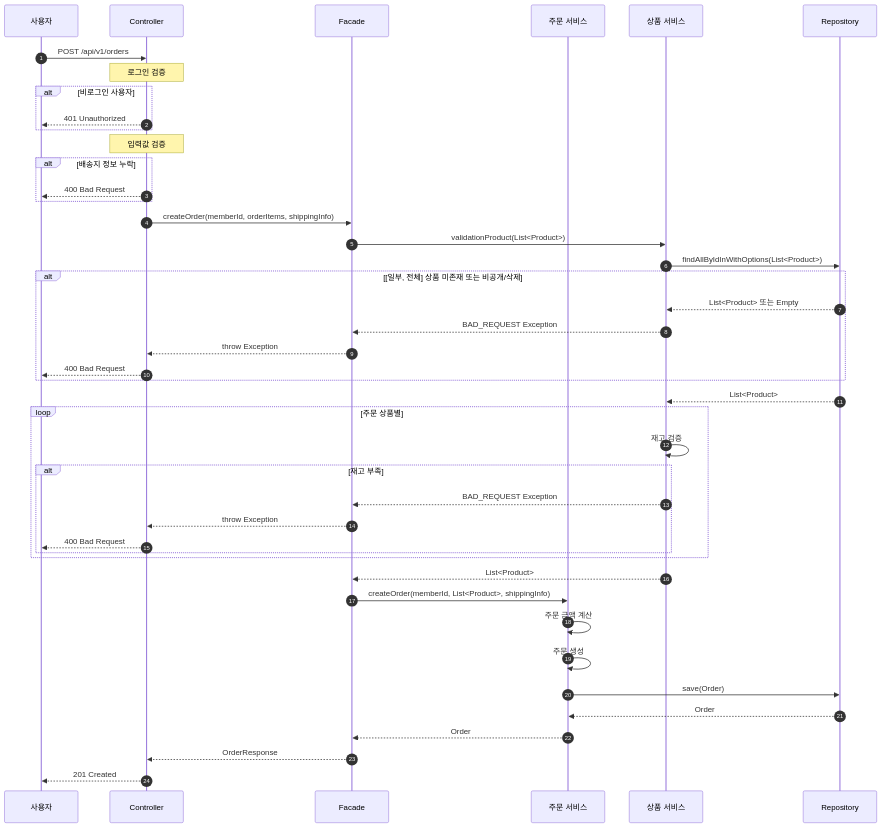
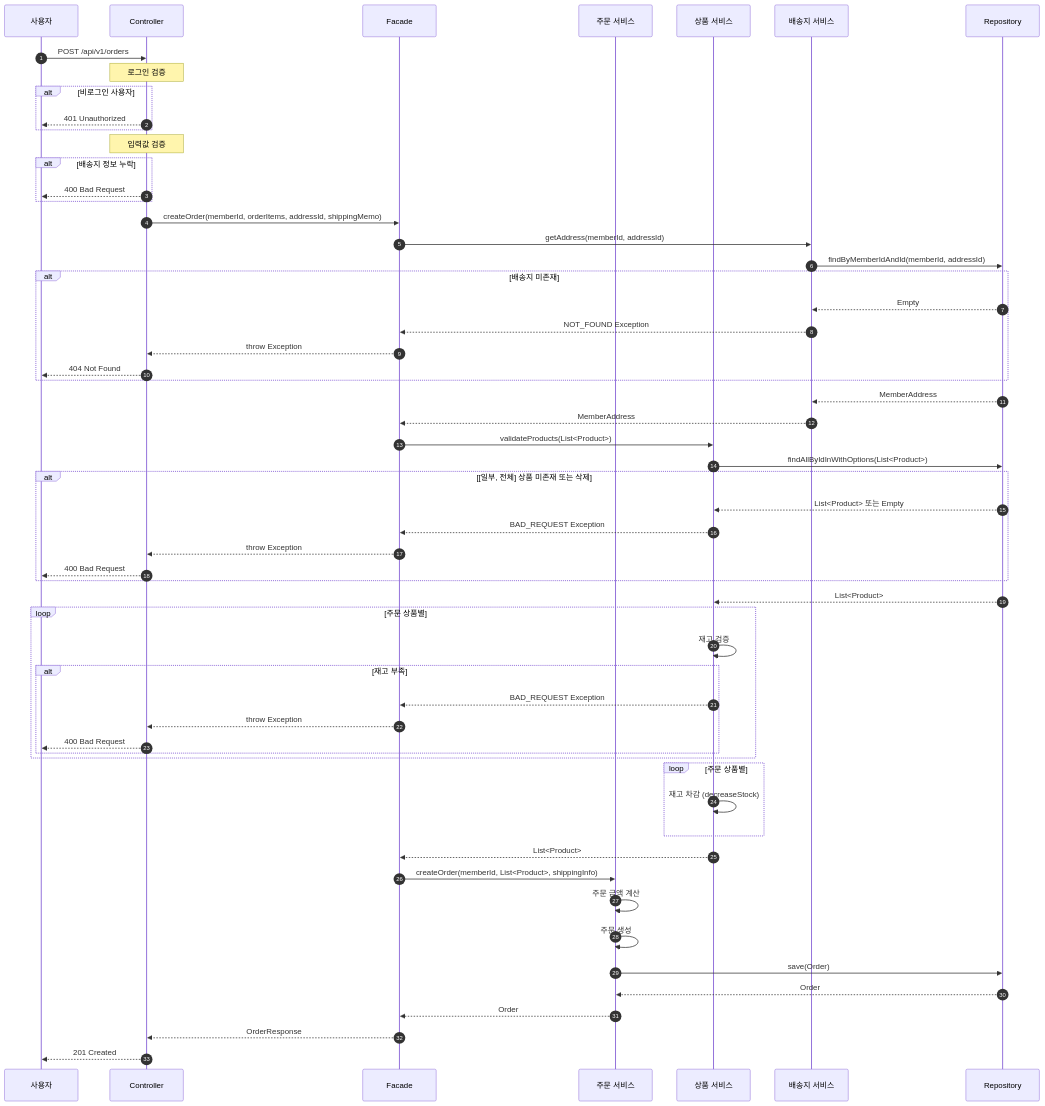
Before and after one commit to letter333/loop-pack-be-l2-vol3-java: diagram 14 of 16 in docs/design/02-sequence-diagram.md, drawn with Mermaid. The commit also changed other lines of this file and 3 other files, not shown here.

````diff
--- a/docs/design/02-sequence-diagram.md
+++ b/docs/design/02-sequence-diagram.md
@@ -575,61 +564,80 @@
 ```mermaid
 sequenceDiagram
     autonumber
     participant Client as 사용자
     participant Controller
     participant Facade
     participant OrderService as 주문 서비스
     participant ProductService as 상품 서비스
+    participant MemberAddressService as 배송지 서비스
     participant Repository
 
     Client->>Controller: POST /api/v1/orders
     Note over Controller: 로그인 검증
 
     alt 비로그인 사용자
         Controller-->>Client: 401 Unauthorized
     end
 
     Note over Controller: 입력값 검증
 
     alt 배송지 정보 누락
         Controller-->>Client: 400 Bad Request
     end
 
-    Controller->>Facade: createOrder(memberId, orderItems, shippingInfo)
-    Facade->>ProductService: validationProduct(List<Product>)
+    Controller->>Facade: createOrder(memberId, orderItems, addressId, shippingMemo)
+
+    Facade->>MemberAddressService: getAddress(memberId, addressId)
+    MemberAddressService->>Repository: findByMemberIdAndId(memberId, addressId)
+
+    alt 배송지 미존재
+        Repository-->>MemberAddressService: Empty
+        MemberAddressService-->>Facade: NOT_FOUND Exception
+        Facade-->>Controller: throw Exception
+        Controller-->>Client: 404 Not Found
+    end
+
+    Repository-->>MemberAddressService: MemberAddress
+    MemberAddressService-->>Facade: MemberAddress
+
+    Facade->>ProductService: validateProducts(List<Product>)
     ProductService->>Repository: findAllByIdInWithOptions(List<Product>)
 
-    alt [일부, 전체] 상품 미존재 또는 비공개/삭제
+    alt [일부, 전체] 상품 미존재 또는 삭제
         Repository-->>ProductService: List<Product> 또는 Empty
         ProductService-->>Facade: BAD_REQUEST Exception
         Facade-->>Controller: throw Exception
         Controller-->>Client: 400 Bad Request
     end
 
     Repository-->>ProductService: List<Product>
 
 
     loop 주문 상품별
         ProductService->>ProductService: 재고 검증
 
         alt 재고 부족
             ProductService-->>Facade: BAD_REQUEST Exception
             Facade-->>Controller: throw Exception
             Controller-->>Client: 400 Bad Request
         end
     end
 
+    loop 주문 상품별
+        ProductService->>ProductService: 재고 차감 (decreaseStock)
+    end
+
     ProductService-->>Facade: List<Product>
 
     Facade->>OrderService: createOrder(memberId, List<Product>, shippingInfo)
 
 
     OrderService->>OrderService: 주문 금액 계산
     OrderService->>OrderService: 주문 생성
     OrderService->>Repository: save(Order)
     Repository-->>OrderService: Order
 
     OrderService-->>Facade: Order
     Facade-->>Controller: OrderResponse
     Controller-->>Client: 201 Created
 ```
````
